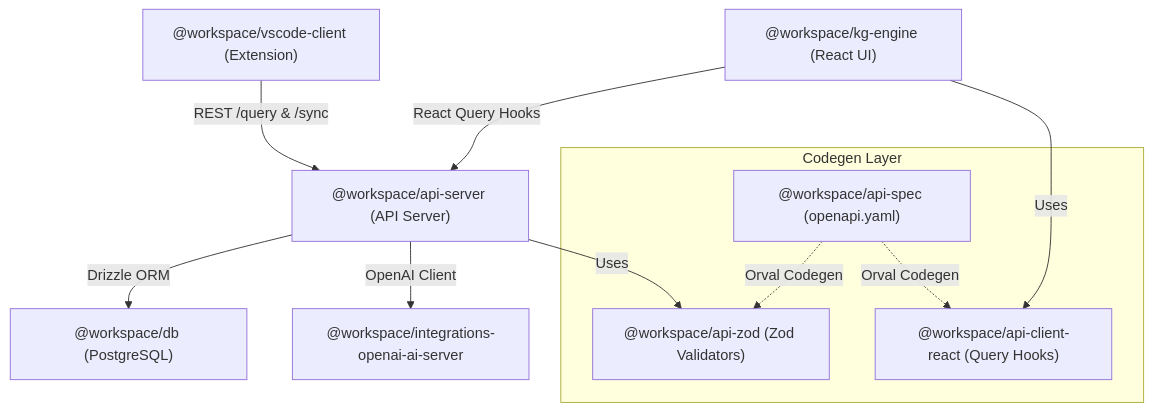
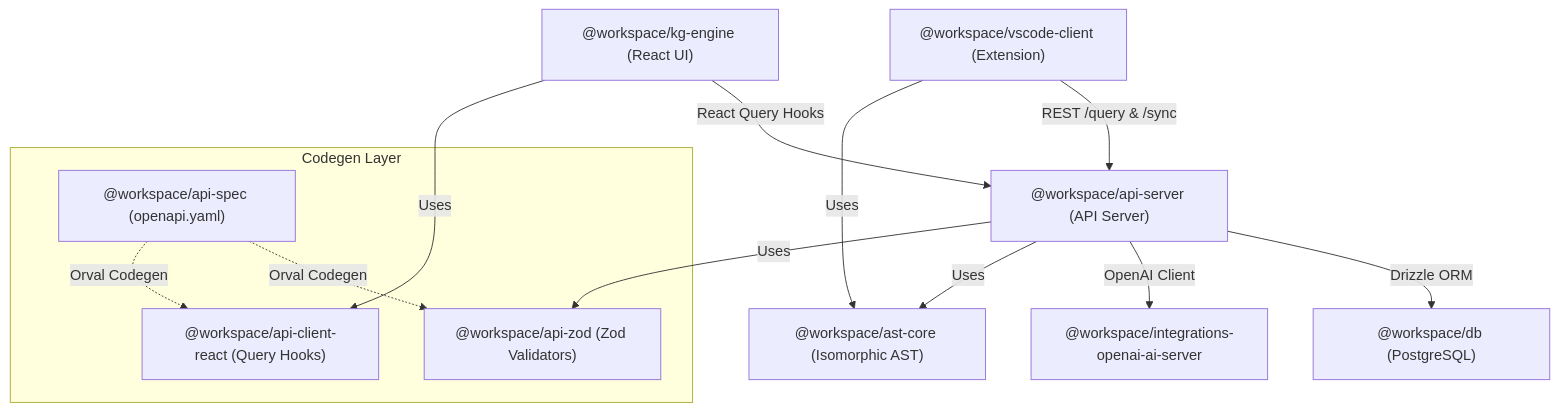
The diagram in docs/design/05-building-blocks.md (dyphn1/Docuvia), drawn with Mermaid before and after one commit. The commit also changed other lines of this file and 29 other files, not shown here.

First line of the commit message:
feat(ast-core): introduce isomorphic ast engine via web-tree-sitter

````diff
--- a/docs/design/05-building-blocks.md
+++ b/docs/design/05-building-blocks.md
@@ -5,16 +5,19 @@
 ```mermaid
 graph TD
     VSC["@workspace/vscode-client (Extension)"] -->|REST /query & /sync| API["@workspace/api-server (API Server)"]
     KGE["@workspace/kg-engine (React UI)"] -->|React Query Hooks| API
 
     API -->|Drizzle ORM| DB["@workspace/db (PostgreSQL)"]
     API -->|OpenAI Client| LLM["@workspace/integrations-openai-ai-server"]
 
     subgraph Codegen Layer
         SPEC["@workspace/api-spec (openapi.yaml)"] -.->|Orval Codegen| ZOD["@workspace/api-zod (Zod Validators)"]
         SPEC -.->|Orval Codegen| CLI["@workspace/api-client-react (Query Hooks)"]
     end
 
     API -->|Uses| ZOD
     KGE -->|Uses| CLI
+
+    VSC -->|Uses| AST["@workspace/ast-core (Isomorphic AST)"]
+    API -->|Uses| AST
 ```
````
